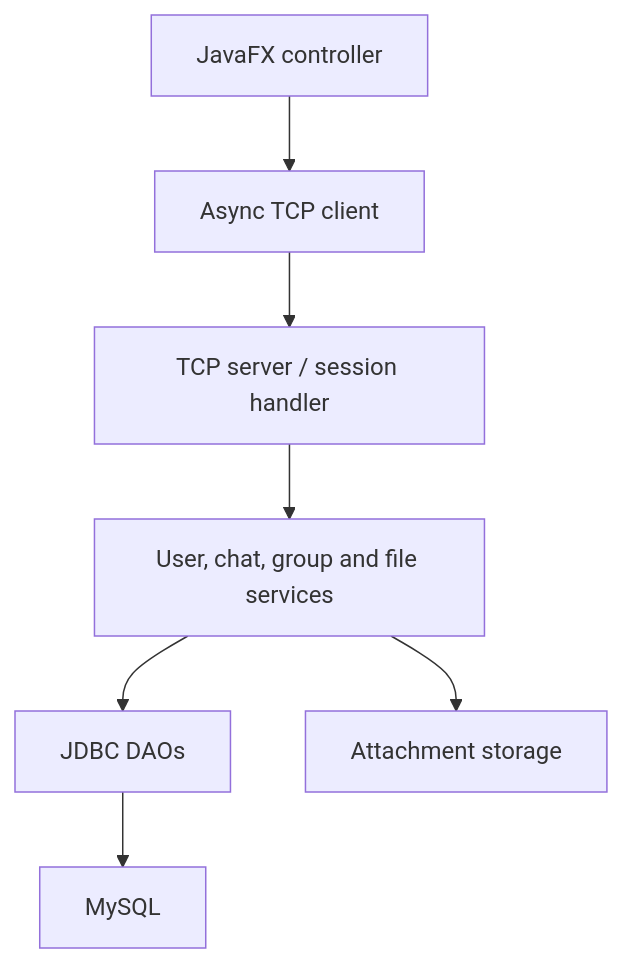
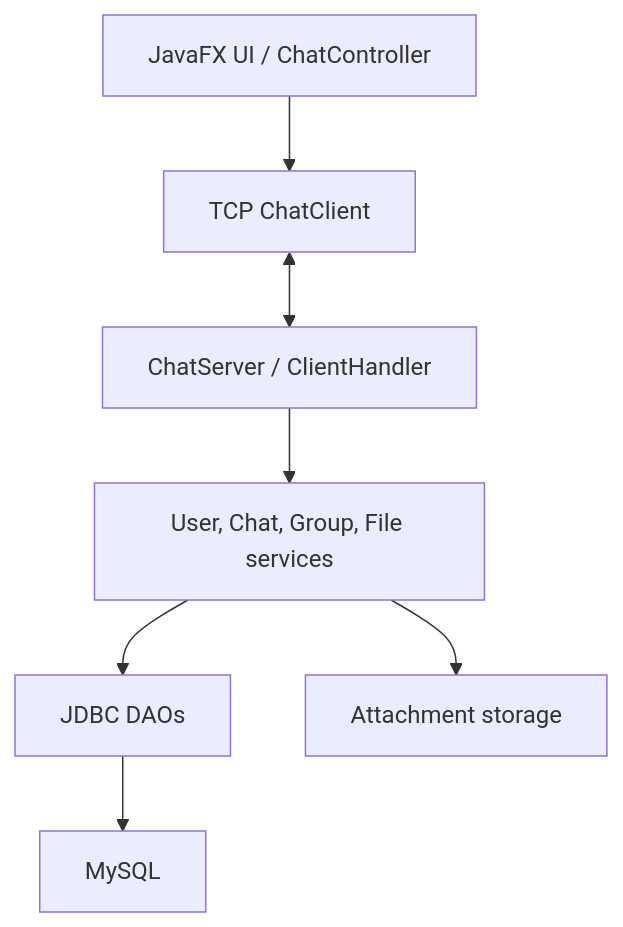
One commit to Akash2775/Chat-Application changed the diagram in README.md. Above: the diagram before and after it, drawn with Mermaid. The commit also changed other lines of this file, not shown here.

````diff
--- a/README.md
+++ b/README.md
@@ -134,9 +57,9 @@
 ```mermaid
 flowchart TD
- UI["JavaFX controller"] --> Client["Async TCP client"]
- Client --> Server["TCP server / session handler"]
- Server --> Services["User, chat, group and file services"]
- Services --> DAO["JDBC DAOs"]
- DAO --> DB["MySQL"]
- Services --> Files["Attachment storage"]
+    UI["JavaFX UI / ChatController"] --> Client["TCP ChatClient"]
+    Client <--> Server["ChatServer / ClientHandler"]
+    Server --> Services["User, Chat, Group, File services"]
+    Services --> DAO["JDBC DAOs"]
+    DAO --> DB["MySQL"]
+    Services --> Files["Attachment storage"]
 ```
````
